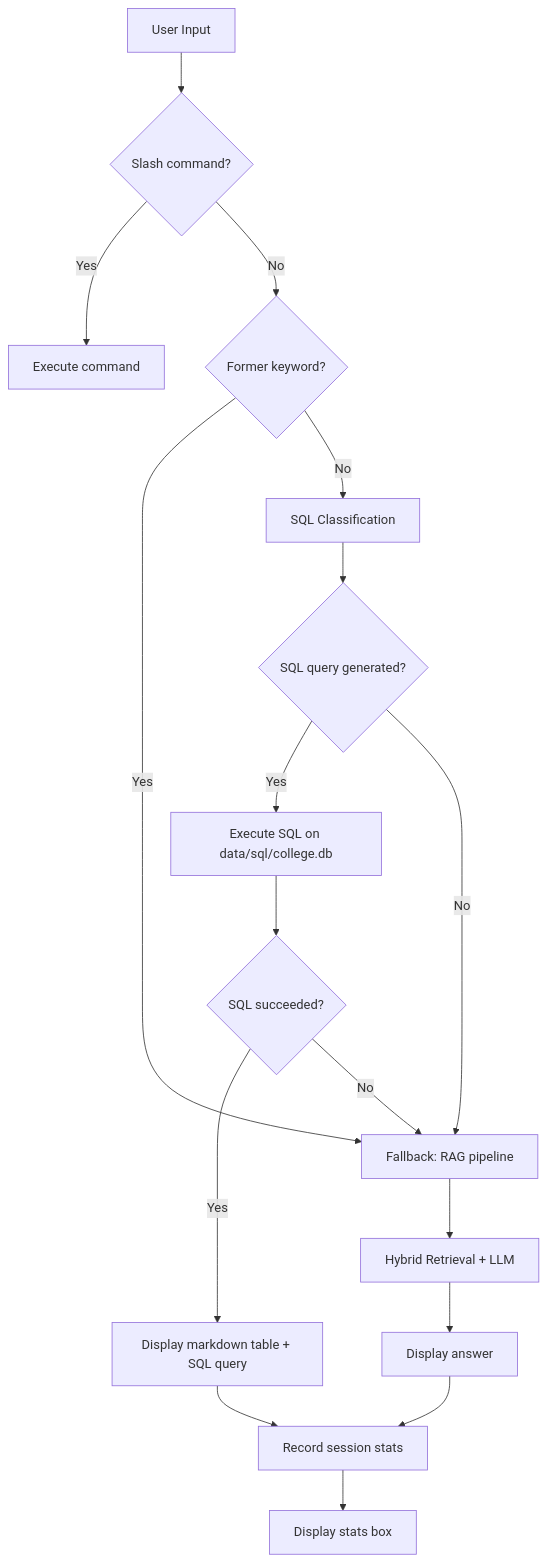
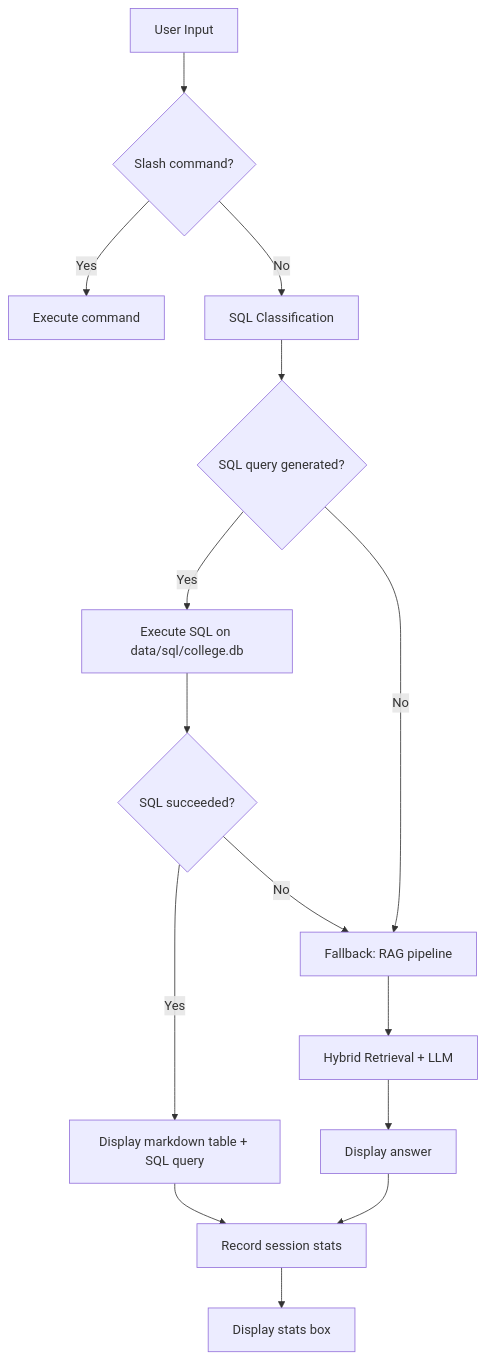
Diagram 15 of 17 in docs/WORKING.md (arxhr007/sahrdaya_ragx), drawn with Mermaid before and after one commit. The commit also changed other lines of this file and 2 other files, not shown here.

````diff
--- a/docs/WORKING.md
+++ b/docs/WORKING.md
@@ -868,19 +884,17 @@
 ```mermaid
 flowchart TD
     A[User Input] --> B{Slash command?}
     B -->|Yes| C[Execute command]
-    B -->|No| FM{Former keyword?}
-    FM -->|Yes| I
-    FM -->|No| D[SQL Classification]
+  B -->|No| D[SQL Classification]
     D --> E{SQL query generated?}
     E -->|Yes| F[Execute SQL on data/sql/college.db]
     F --> G{SQL succeeded?}
     G -->|Yes| H[Display markdown table + SQL query]
     G -->|No| I["Fallback: RAG pipeline"]
     E -->|No| I
     I --> J[Hybrid Retrieval + LLM]
     J --> K[Display answer]
     H --> L[Record session stats]
     K --> L
     L --> M[Display stats box]
 ```
````
